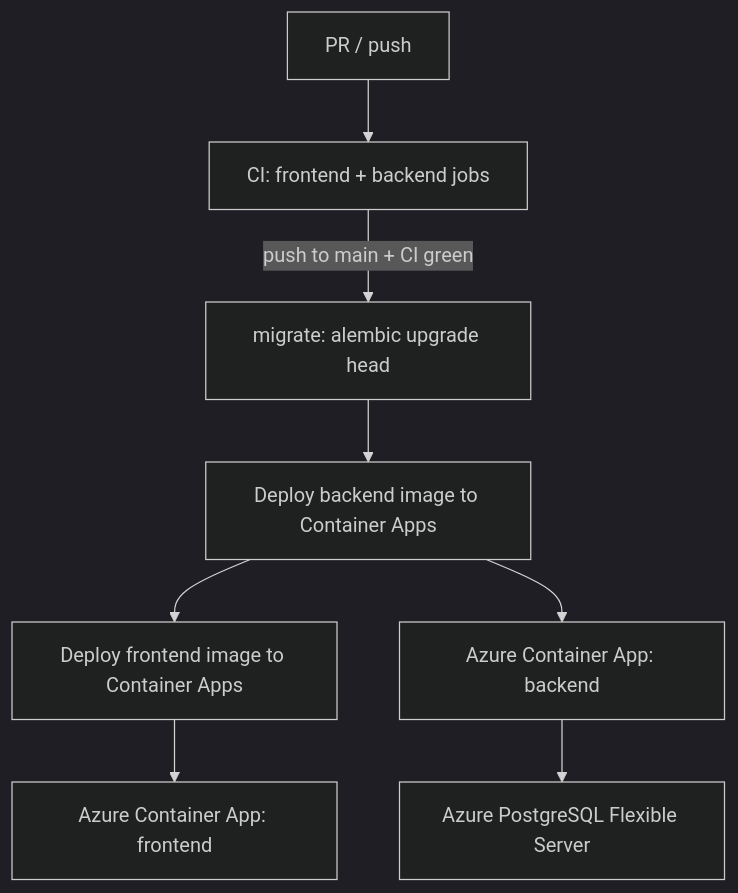
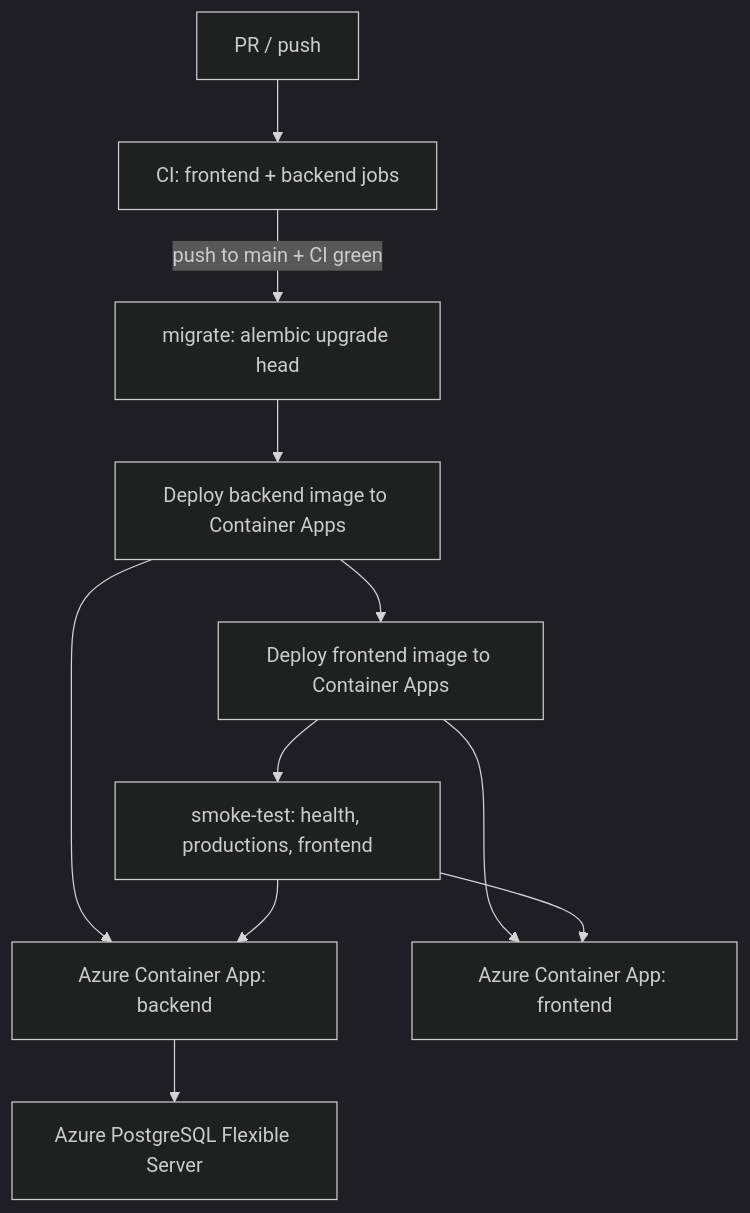
The second of 3 diagrams in docs/architecture.md (cariocaphil/theatre-social), drawn with Mermaid (dark theme) before and after one commit. The commit also changed other lines of this file and 5 other files, not shown here.

Commit message:
ci: add post-deploy smoke checks after frontend deploy

````diff
--- a/docs/architecture.md
+++ b/docs/architecture.md
@@ -54,10 +54,13 @@
 ```mermaid
 flowchart TD
   PR["PR / push"] --> CI["CI: frontend + backend jobs"]
   CI -->|"push to main + CI green"| Mig["migrate: alembic upgrade head"]
   Mig --> DBE["Deploy backend image to Container Apps"]
   DBE --> DFE["Deploy frontend image to Container Apps"]
+  DFE --> Smoke["smoke-test: health, productions, frontend"]
   DBE --> ACA_BE["Azure Container App: backend"]
   DFE --> ACA_FE["Azure Container App: frontend"]
+  Smoke --> ACA_BE
+  Smoke --> ACA_FE
   ACA_BE --> PG["Azure PostgreSQL Flexible Server"]
 ```
````
